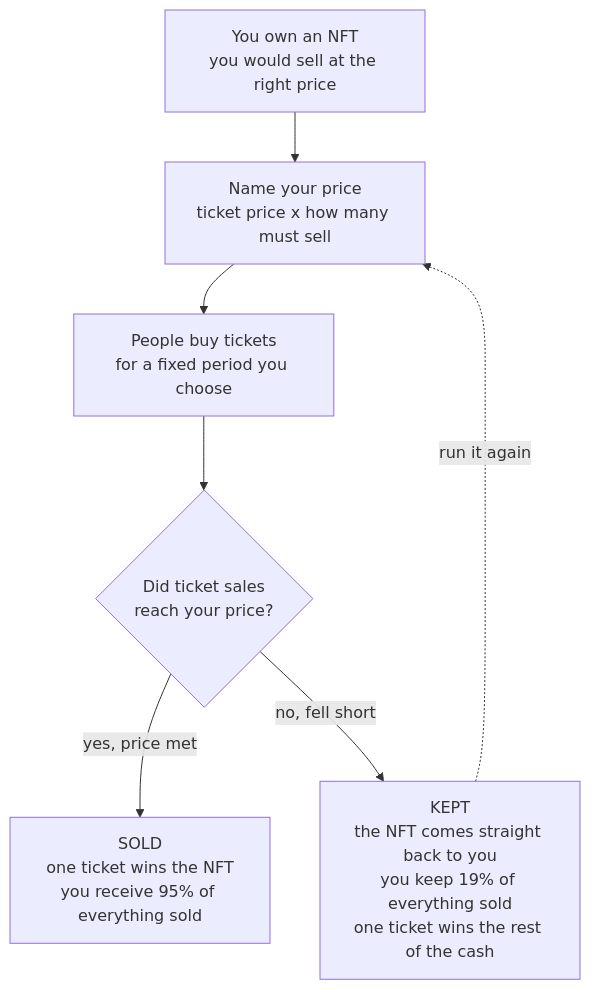
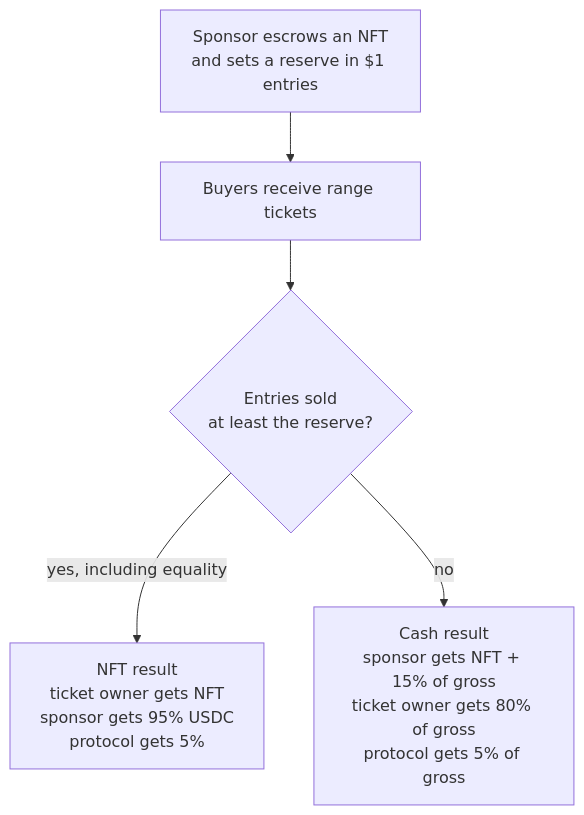
Before and after one commit to Heesho/raffle-fun: the diagram in docs/one-pagers/raffle-fun.md, drawn with Mermaid. The commit also changed other lines of this file and 153 other files, not shown here.

````diff
--- a/docs/one-pagers/raffle-fun.md
+++ b/docs/one-pagers/raffle-fun.md
@@ -14,15 +19,12 @@
 ```mermaid
 flowchart TD
-  A["You own an NFT<br/>you would sell at the right price"]
-  B["Name your price<br/>ticket price x how many must sell"]
-  C["People buy tickets<br/>for a fixed period you choose"]
-  D{"Did ticket sales<br/>reach your price?"}
-  E["SOLD<br/>one ticket wins the NFT<br/>you receive 95% of everything sold"]
-  F["KEPT<br/>the NFT comes straight back to you<br/>you keep 19% of everything sold<br/>one ticket wins the rest of the cash"]
+  A["Sponsor escrows an NFT<br/>and sets a reserve in $1 entries"]
+  B["Buyers receive range tickets"]
+  C{"Entries sold<br/>at least the reserve?"}
+  D["NFT result<br/>ticket owner gets NFT<br/>sponsor gets 95% USDC<br/>protocol gets 5%"]
+  E["Cash result<br/>sponsor gets NFT + 15% of gross<br/>ticket owner gets 80% of gross<br/>protocol gets 5% of gross"]
   A --> B
   B --> C
-  C --> D
-  D -->|"yes, price met"| E
-  D -->|"no, fell short"| F
-  F -.->|"run it again"| B
+  C -->|"yes, including equality"| D
+  C -->|"no"| E
 ```
````
